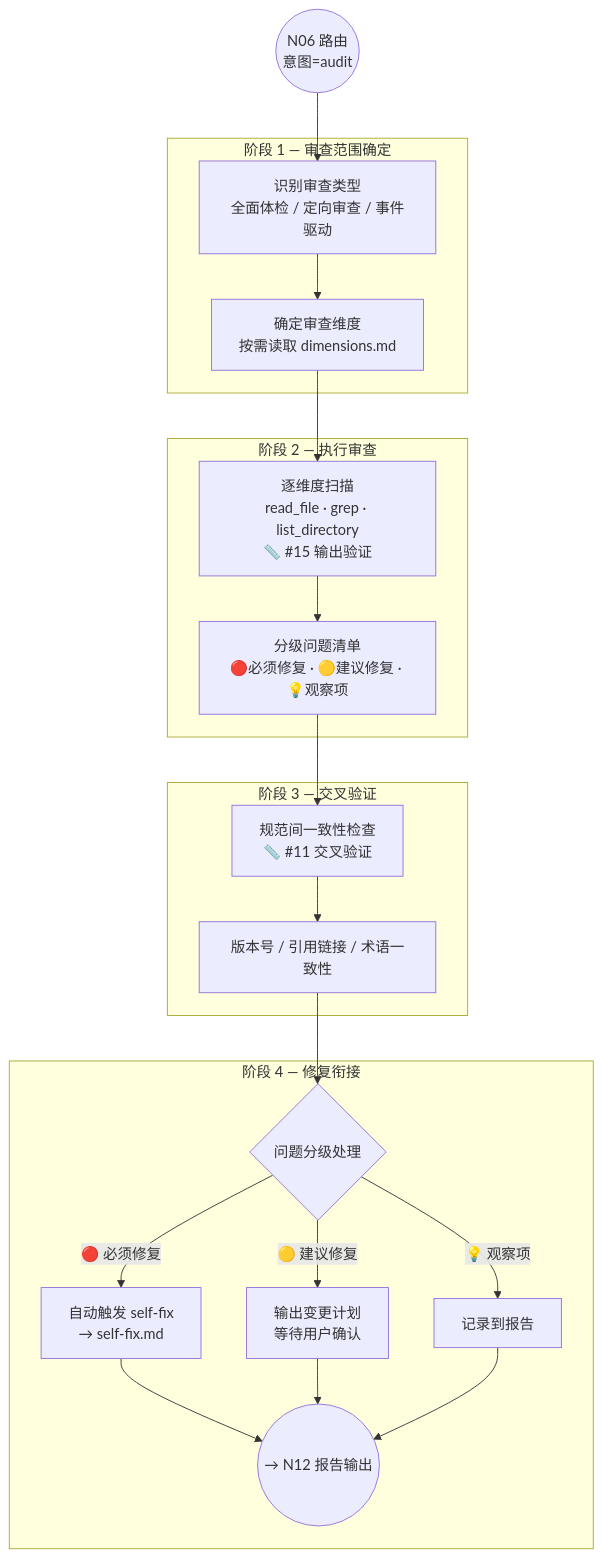
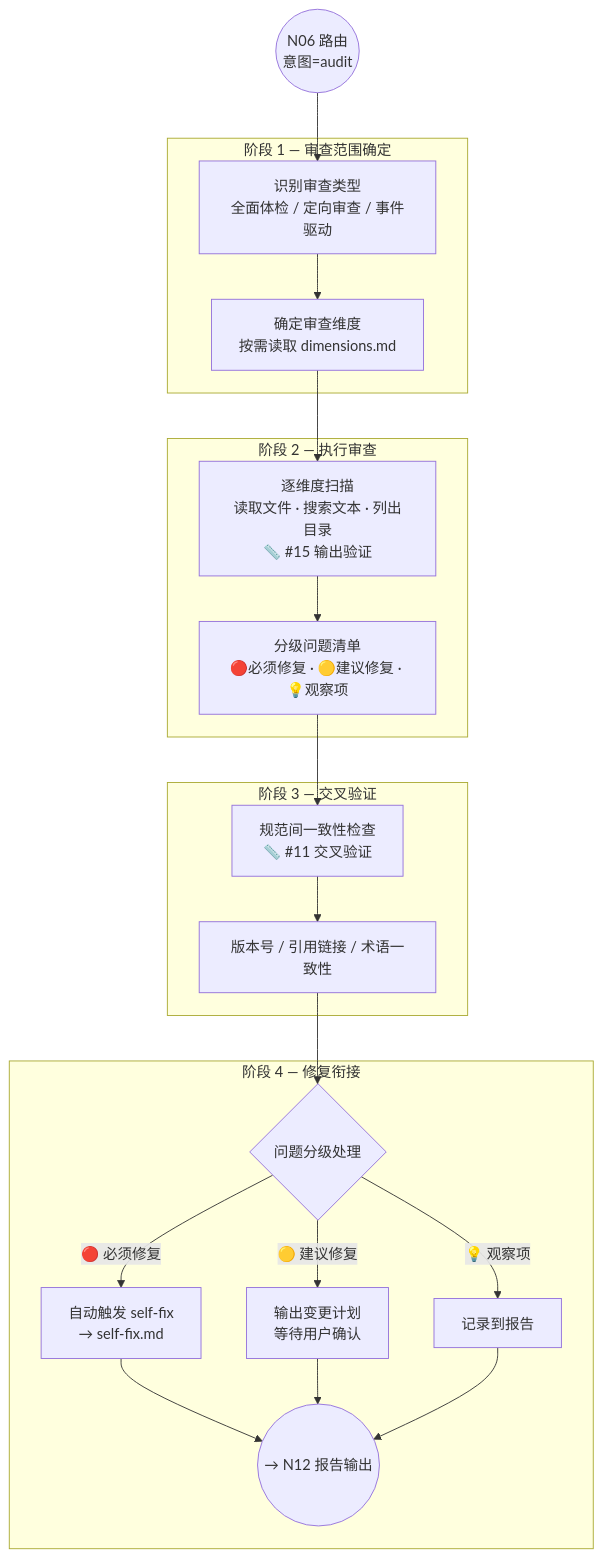
The diagram in version/v3/workflows/audit/README.md (vextjs/ai-dev-guidelines), drawn with Mermaid before and after one commit. The commit also changed other lines of this file and 37 other files, not shown here.

````diff
--- a/version/v3/workflows/audit/README.md
+++ b/version/v3/workflows/audit/README.md
@@ -13,42 +13,42 @@
 ```mermaid
 flowchart TD
     ENTRY(("N06 路由<br/>意图=audit")) --> A1
 
     subgraph PHASE1["阶段 1 — 审查范围确定"]
         A1["识别审查类型<br/>全面体检 / 定向审查 / 事件驱动"]
         A1 --> A1B["确定审查维度<br/>按需读取 dimensions.md"]
     end
 
     A1B --> A2
 
     subgraph PHASE2["阶段 2 — 执行审查"]
-        A2["逐维度扫描<br/>read_file · grep · list_directory<br/>📏 #15 输出验证"]
+        A2["逐维度扫描<br/>读取文件 · 搜索文本 · 列出目录<br/>📏 #15 输出验证"]
         A2 --> A2B["分级问题清单<br/>🔴必须修复 · 🟡建议修复 · 💡观察项"]
     end
 
     A2B --> A3
 
     subgraph PHASE3["阶段 3 — 交叉验证"]
         A3["规范间一致性检查<br/>📏 #11 交叉验证"]
         A3 --> A3B["版本号 / 引用链接 / 术语一致性"]
     end
 
     A3B --> A4
 
     subgraph PHASE4["阶段 4 — 修复衔接"]
         A4{"问题分级处理"}
         A4 -->|"🔴 必须修复"| SF["自动触发 self-fix<br/>→ self-fix.md"]
         A4 -->|"🟡 建议修复"| PLAN["输出变更计划<br/>等待用户确认"]
         A4 -->|"💡 观察项"| LOG["记录到报告"]
         SF --> OUT
         PLAN --> OUT
         LOG --> OUT
     end
 
     OUT(("→ N12 报告输出"))
 
     %% click URLs（GitHub 浏览跳转用，AI 读取文件请查 §10 路由表）
     %% 仓库基准: https://github.com/vextjs/ai-dev-guidelines/blob/main/version/v3/
     click A1B "https://github.com/vextjs/ai-dev-guidelines/blob/main/version/v3/workflows/audit/dimensions.md"
     click SF "https://github.com/vextjs/ai-dev-guidelines/blob/main/version/v3/workflows/audit/self-fix.md"
 ```
````
